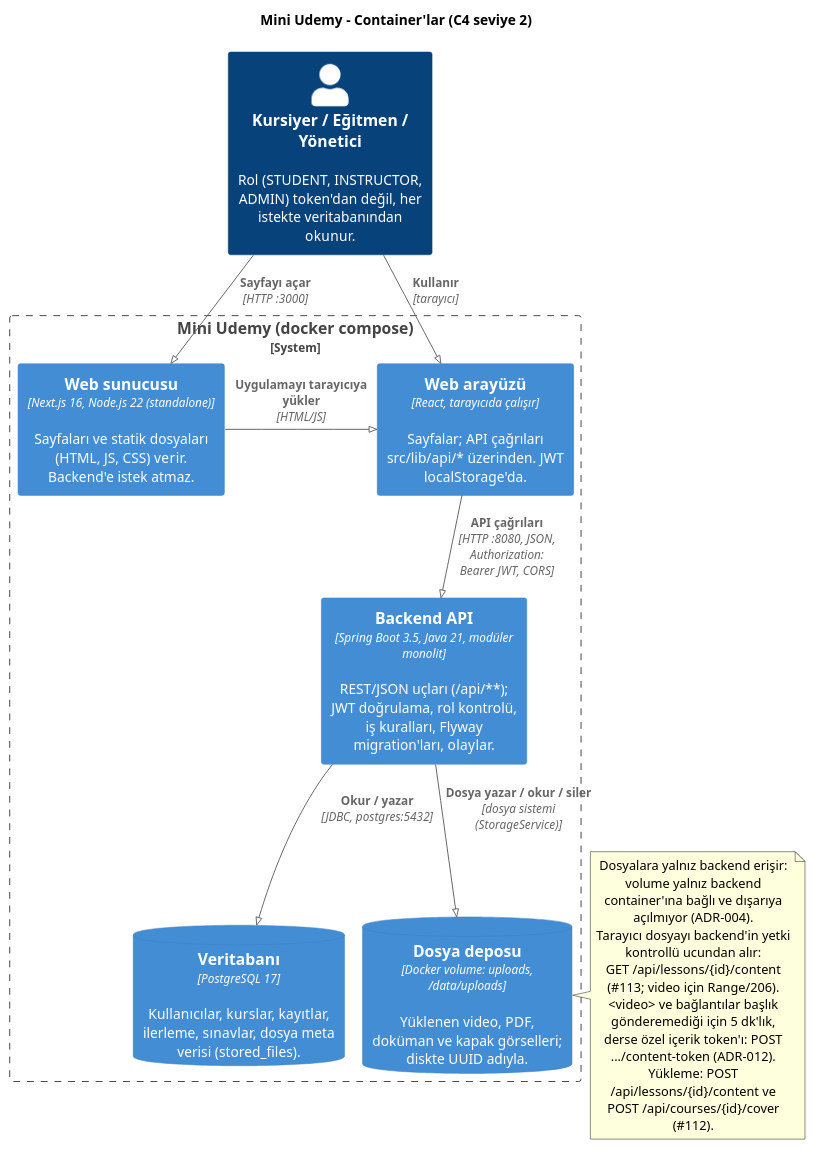
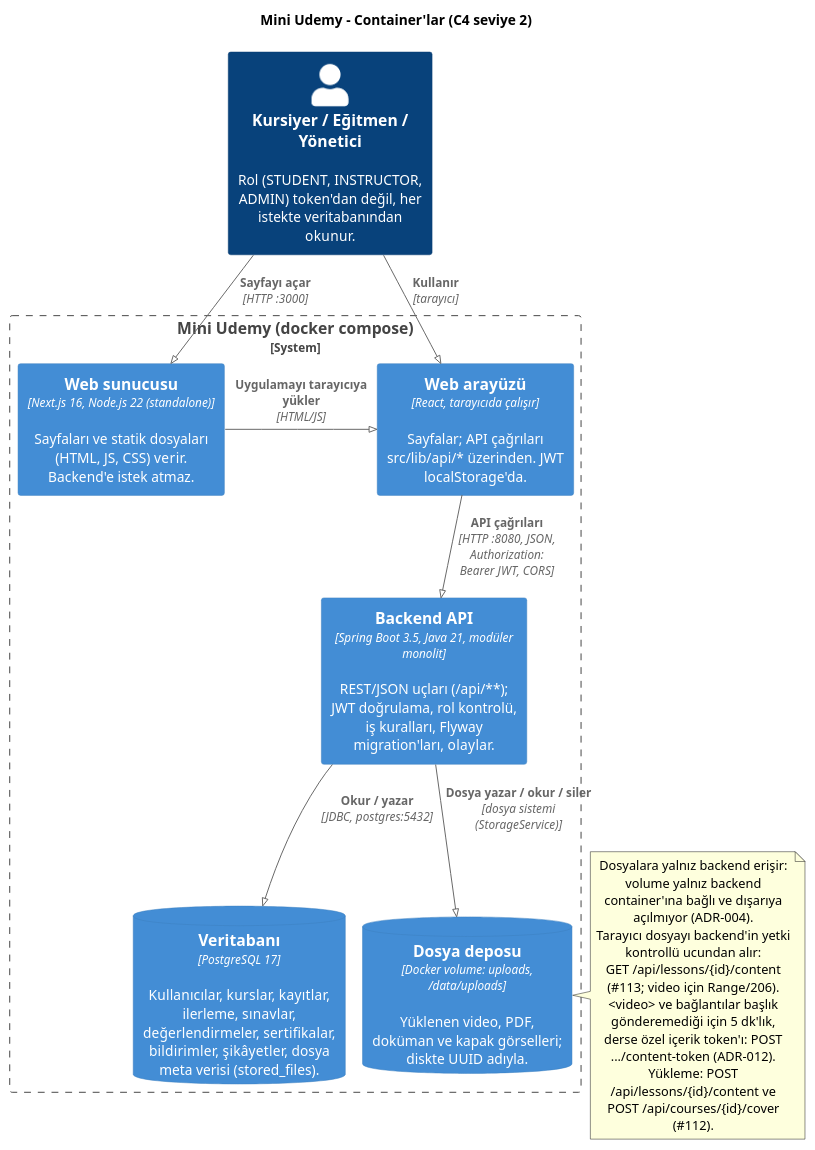
Before and after one commit to Bertanokt/mini-udemy: the diagram in docs/diagrams/c4-container.puml, drawn with PlantUML. The commit also changed 1 other file, not shown here.

Commit message:
docs(#97): diyagram–kod farkları — CertificateQueryService ve C4 veritabanı açıklaması
PNG/SVG yeniden üretilmeli (PlantUML yerelde yok).

```diff
--- a/docs/diagrams/c4-container.puml
+++ b/docs/diagrams/c4-container.puml
@@ -1,39 +1,39 @@
 @startuml c4-container
 ' C4 seviye 2 — container'lar (#87). Portlar ve adlar docker-compose.yml ile aynı; tutarlılık tablosu PR #87/#94'te.
 ' Render: java -jar plantuml.jar -tpng -tsvg docs/diagrams/c4-container.puml (Graphviz gerekmez: smetana)
 !pragma layout smetana
 !include <C4/C4_Container>
 
 LAYOUT_TOP_DOWN()
 HIDE_STEREOTYPE()
 
 title Mini Udemy - Container'lar (C4 seviye 2)
 
 Person(users, "Kursiyer / Eğitmen / Yönetici", "Rol (STUDENT, INSTRUCTOR, ADMIN) token'dan değil, her istekte veritabanından okunur.")
 
 System_Boundary(mu, "Mini Udemy (docker compose)") {
   Container(web, "Web sunucusu", "Next.js 16, Node.js 22 (standalone)", "Sayfaları ve statik dosyaları (HTML, JS, CSS) verir. Backend'e istek atmaz.")
   Container(spa, "Web arayüzü", "React, tarayıcıda çalışır", "Sayfalar; API çağrıları src/lib/api/* üzerinden. JWT localStorage'da.")
   Container(api, "Backend API", "Spring Boot 3.5, Java 21, modüler monolit", "REST/JSON uçları (/api/**); JWT doğrulama, rol kontrolü, iş kuralları, Flyway migration'ları, olaylar.")
-  ContainerDb(db, "Veritabanı", "PostgreSQL 17", "Kullanıcılar, kurslar, kayıtlar, ilerleme, sınavlar, dosya meta verisi (stored_files).")
+  ContainerDb(db, "Veritabanı", "PostgreSQL 17", "Kullanıcılar, kurslar, kayıtlar, ilerleme, sınavlar, değerlendirmeler, sertifikalar, bildirimler, şikâyetler, dosya meta verisi (stored_files).")
   ContainerDb(files, "Dosya deposu", "Docker volume: uploads, /data/uploads", "Yüklenen video, PDF, doküman ve kapak görselleri; diskte UUID adıyla.")
 }
 
 Rel(users, spa, "Kullanır", "tarayıcı")
 Rel(users, web, "Sayfayı açar", "HTTP :3000")
 Rel_R(web, spa, "Uygulamayı tarayıcıya yükler", "HTML/JS")
 Rel(spa, api, "API çağrıları", "HTTP :8080, JSON, Authorization: Bearer JWT, CORS")
 Rel(api, db, "Okur / yazar", "JDBC, postgres:5432")
 Rel(api, files, "Dosya yazar / okur / siler", "dosya sistemi (StorageService)")
 
 note right of files
   Dosyalara yalnız backend erişir: volume yalnız backend
   container'ına bağlı ve dışarıya açılmıyor (ADR-004).
   Tarayıcı dosyayı backend'in yetki kontrollü ucundan alır:
   GET /api/lessons/{id}/content (#113; video için Range/206).
   <video> ve bağlantılar başlık gönderemediği için 5 dk'lık,
   derse özel içerik token'ı: POST .../content-token (ADR-012).
   Yükleme: POST /api/lessons/{id}/content ve
   POST /api/courses/{id}/cover (#112).
 end note
 @enduml
```
